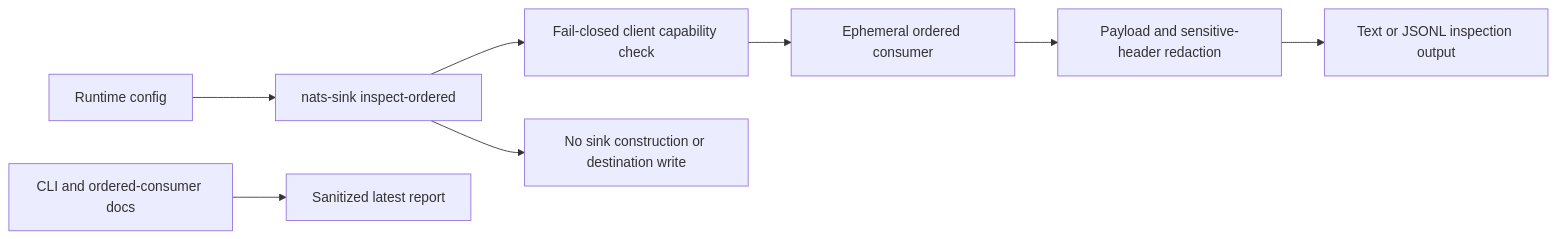
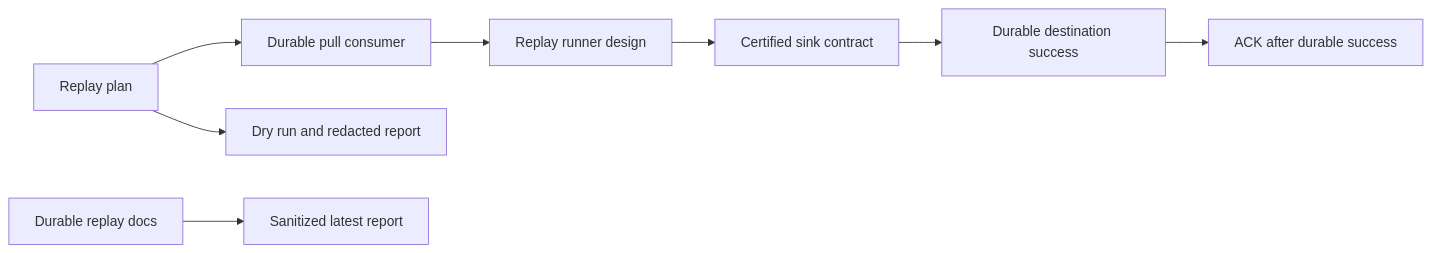
One commit to ProjectCuillin/nats-sinks changed the diagram in docs/test-report.md. Above: the diagram before and after it, drawn with Mermaid. The commit also changed other lines of this file and 10 other files, not shown here.

Commit message:
Add durable replay guidance

````diff
--- a/docs/test-report.md
+++ b/docs/test-report.md
@@ -35,10 +33,10 @@
 ```mermaid
 flowchart LR
-    Config[Runtime config] --> Inspect[nats-sink inspect-ordered]
-    Inspect --> Capability[Fail-closed client capability check]
-    Capability --> Ordered[Ephemeral ordered consumer]
-    Ordered --> Redaction[Payload and sensitive-header redaction]
-    Redaction --> Output[Text or JSONL inspection output]
-    Inspect --> NoSink[No sink construction or destination write]
-    Docs[CLI and ordered-consumer docs] --> Report[Sanitized latest report]
+    Plan[Replay plan] --> Durable[Durable pull consumer]
+    Durable --> Runner[Replay runner design]
+    Runner --> Sink[Certified sink contract]
+    Sink --> Commit[Durable destination success]
+    Commit --> Ack[ACK after durable success]
+    Plan --> DryRun[Dry run and redacted report]
+    Docs[Durable replay docs] --> Report[Sanitized latest report]
 ```
````
